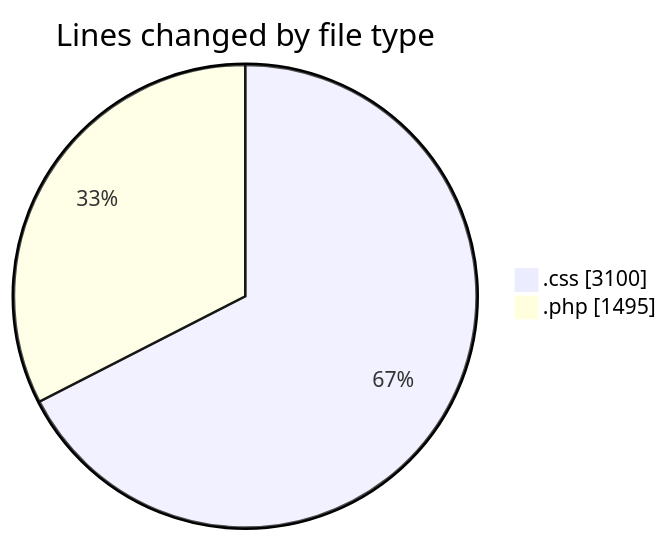
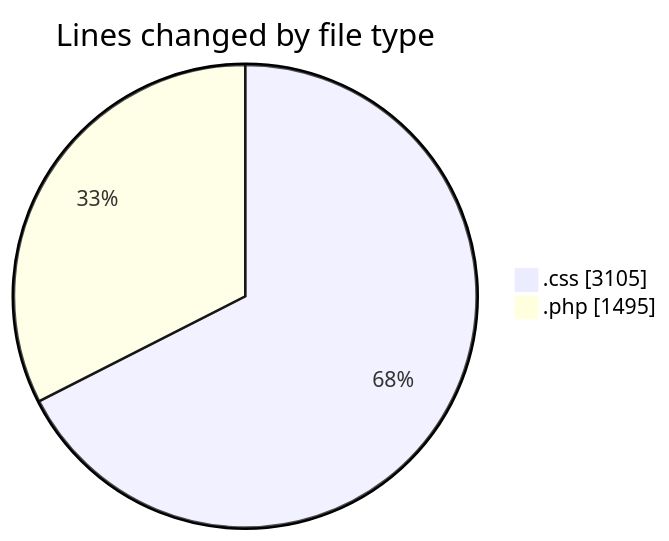
Before and after one commit to debugP/code-tracking: the first of 2 diagrams in 2026-07-22/untitled__workspace_/README.md, drawn with Mermaid. The commit also changed other lines of this file and 1 other file, not shown here.

````diff
--- a/2026-07-22/untitled__workspace_/README.md
+++ b/2026-07-22/untitled__workspace_/README.md
@@ -22,6 +22,6 @@
 ```mermaid
 pie showData
 title Lines changed by file type
-".css" : 3100
+".css" : 3105
 ".php" : 1495
 ```
````
